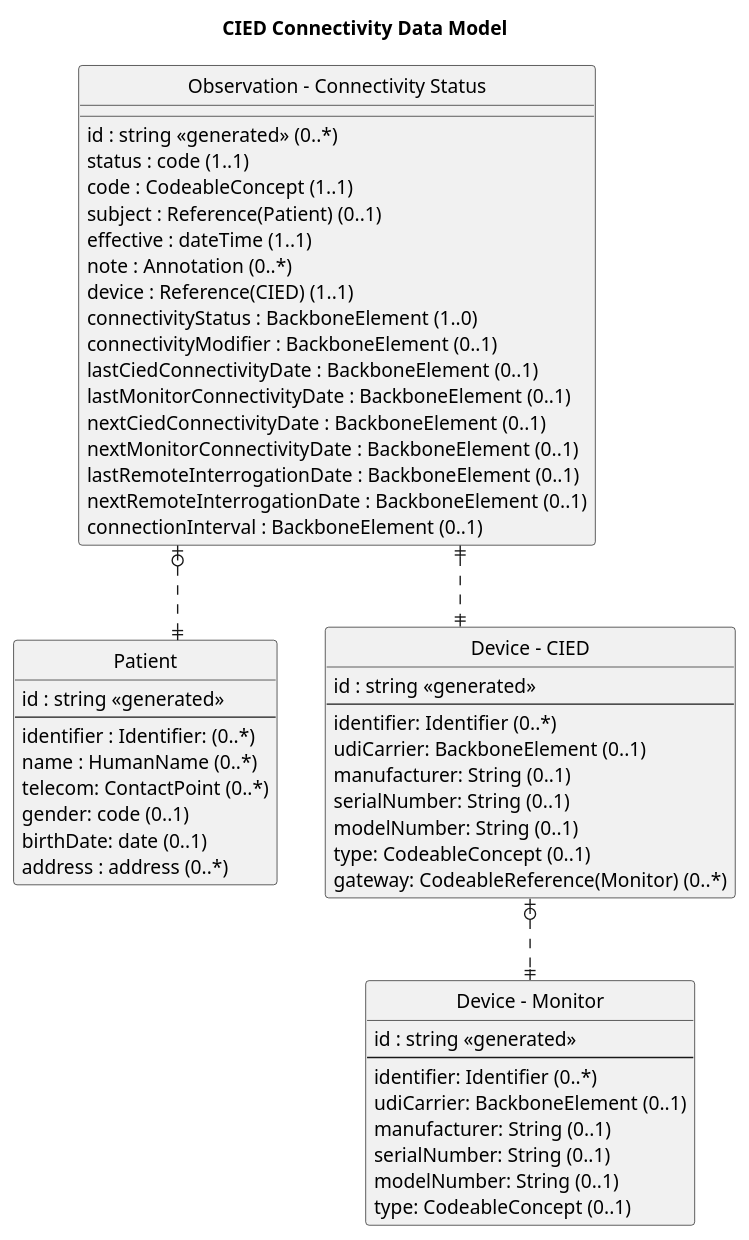
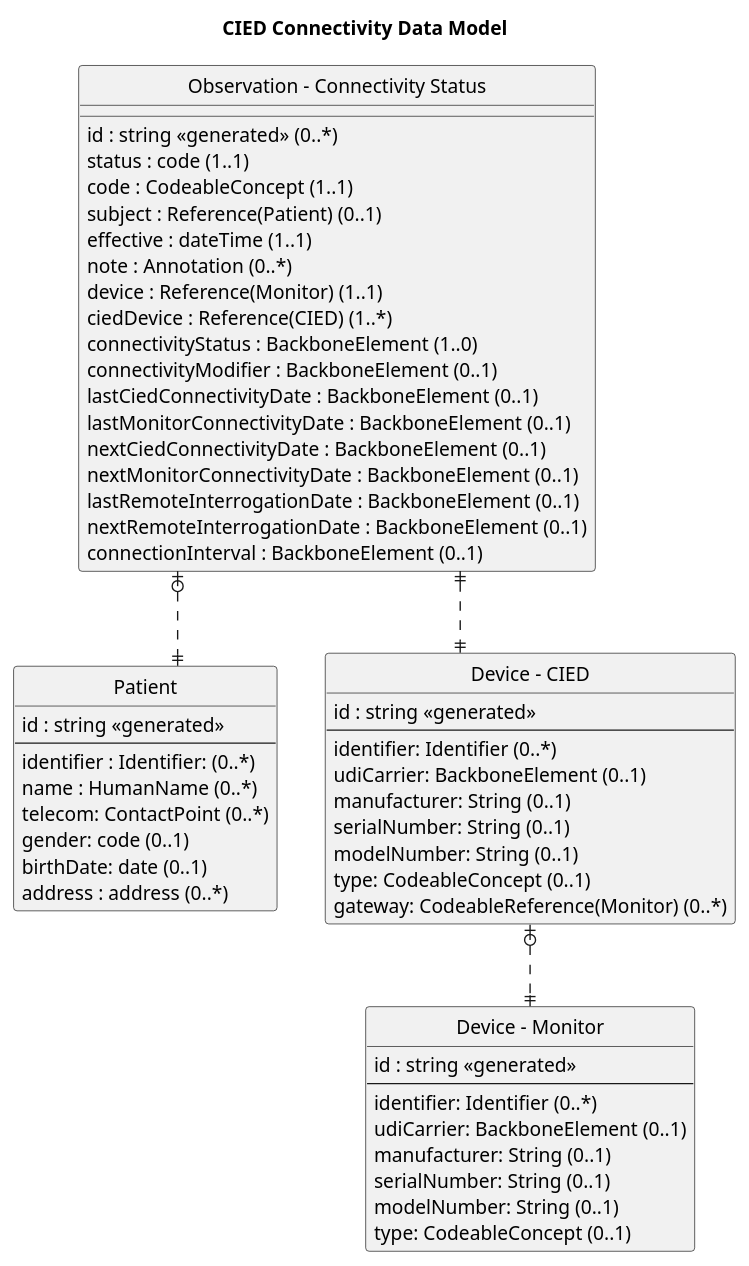
One commit to HL7/CardX-CIED changed the diagram in input/images-source/data-model1.plantuml. Above: the diagram before and after it, drawn with PlantUML. The commit also changed 9 other files, not shown here.

Commit message:
update sequence diagrams, components

```diff
--- a/input/images-source/data-model1.plantuml
+++ b/input/images-source/data-model1.plantuml
@@ -1,95 +1,96 @@
 @startuml
 title CIED Connectivity Data Model
 
 hide circle
 
 skinparam linetype ortho
 
 entity "Patient" as Patient {
   id : string <<generated>>
   --
   identifier : Identifier: (0..*)
   name : HumanName (0..*)
   telecom: ContactPoint (0..*)
   gender: code (0..1)
   birthDate: date (0..1)
   address : address (0..*)   
 }
 
 entity "Device - CIED" as cied {
   id : string <<generated>>
   --
   identifier: Identifier (0..*)
   udiCarrier: BackboneElement (0..1)
   manufacturer: String (0..1)
   serialNumber: String (0..1)
   modelNumber: String (0..1)
   type: CodeableConcept (0..1)
   gateway: CodeableReference(Monitor) (0..*)
 }
 
 entity "Device - Monitor" as monitor {
   id : string <<generated>>
   --
   identifier: Identifier (0..*)
   udiCarrier: BackboneElement (0..1)
   manufacturer: String (0..1)
   serialNumber: String (0..1)
   modelNumber: String (0..1)
   type: CodeableConcept (0..1)
 }
 /' - 3/19/25 remove encounter and device association from connectivity use case
 entity "DeviceAssociation" as devassoc {
     id: id <<1..1>>
     --
     identifier: Identifier (0..*)
     device: Reference(Device) (1..1)
     status: CodeableConcept (1..1)
     subject: Reference(Patient) (0..1)   
 }
 '/
 
 entity "Observation - Connectivity Status" as Connectivity {
     id : string <<generated>> (0..*)
     status : code (1..1)
     code : CodeableConcept (1..1)
     subject : Reference(Patient) (0..1)
     effective : dateTime (1..1)
     note : Annotation (0..*)
-    device : Reference(CIED) (1..1)
+    device : Reference(Monitor) (1..1)
+    ciedDevice : Reference(CIED) (1..*)
     connectivityStatus : BackboneElement (1..0)
     connectivityModifier : BackboneElement (0..1)
     lastCiedConnectivityDate : BackboneElement (0..1)
     lastMonitorConnectivityDate : BackboneElement (0..1)
     nextCiedConnectivityDate : BackboneElement (0..1)
     nextMonitorConnectivityDate : BackboneElement (0..1)
     lastRemoteInterrogationDate : BackboneElement (0..1)
     nextRemoteInterrogationDate : BackboneElement (0..1)
     connectionInterval : BackboneElement (0..1)
 }
 /' - 3/19/25 remove encounter and device association from connectivity use case
 entity "Encounter" as Encounter {
   *id : string <<generated>>
   --
   identifier : Identifier: (1..*)
   status : Code (1..1)
   type: CodeableConcept (1..*)
   subject: Reference(Patient) (1..1) 
   participant: Reference(Device) (1..*)
   actualPeriod: Period (0..1)
   plannedStartDate (0..1)
 }
 '/
 
 Connectivity |o..|| Patient
 Connectivity ||..|| cied
 cied |o..|| monitor
 /' - 3/19/25 remove encounter and device association from connectivity
 devassoc ||..|| cied
 devassoc ||..o| Patient
 devassoc ||..o| monitor
 Encounter ||..|| Patient
 Encounter ||..|| cied
 Encounter ||..|| monitor
 '/
 @enduml
```
